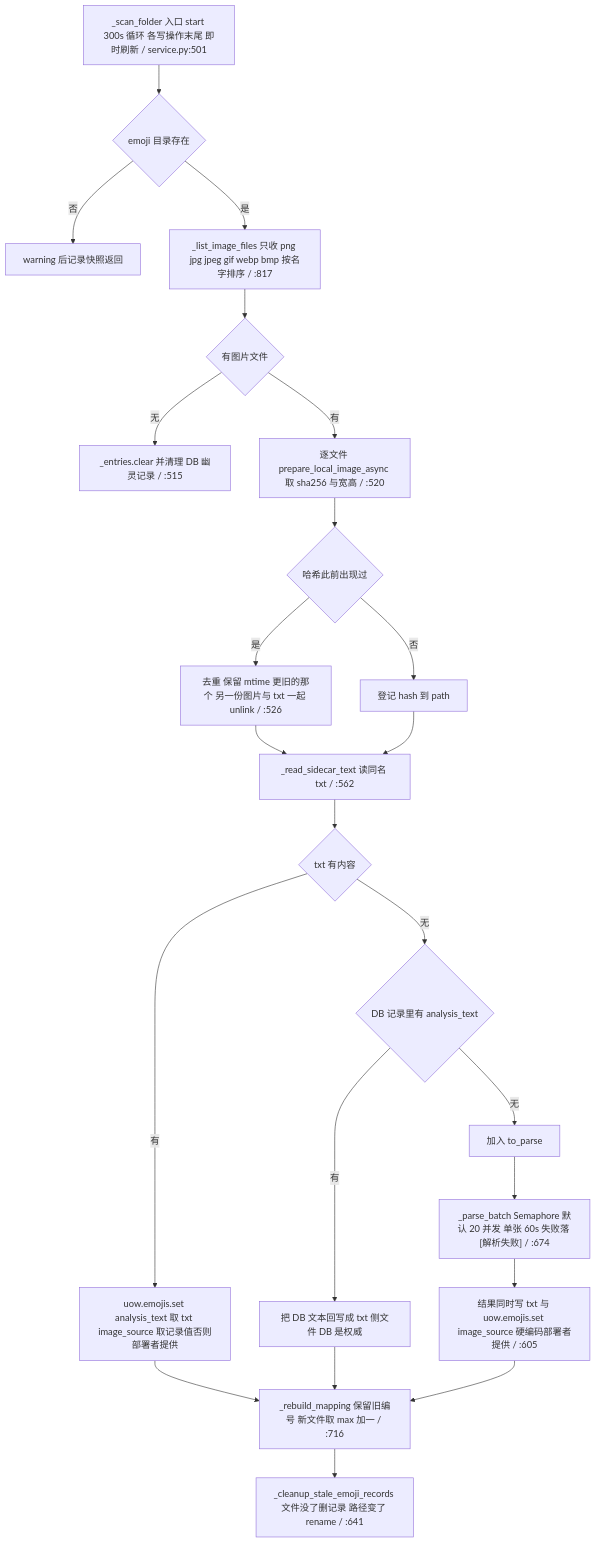
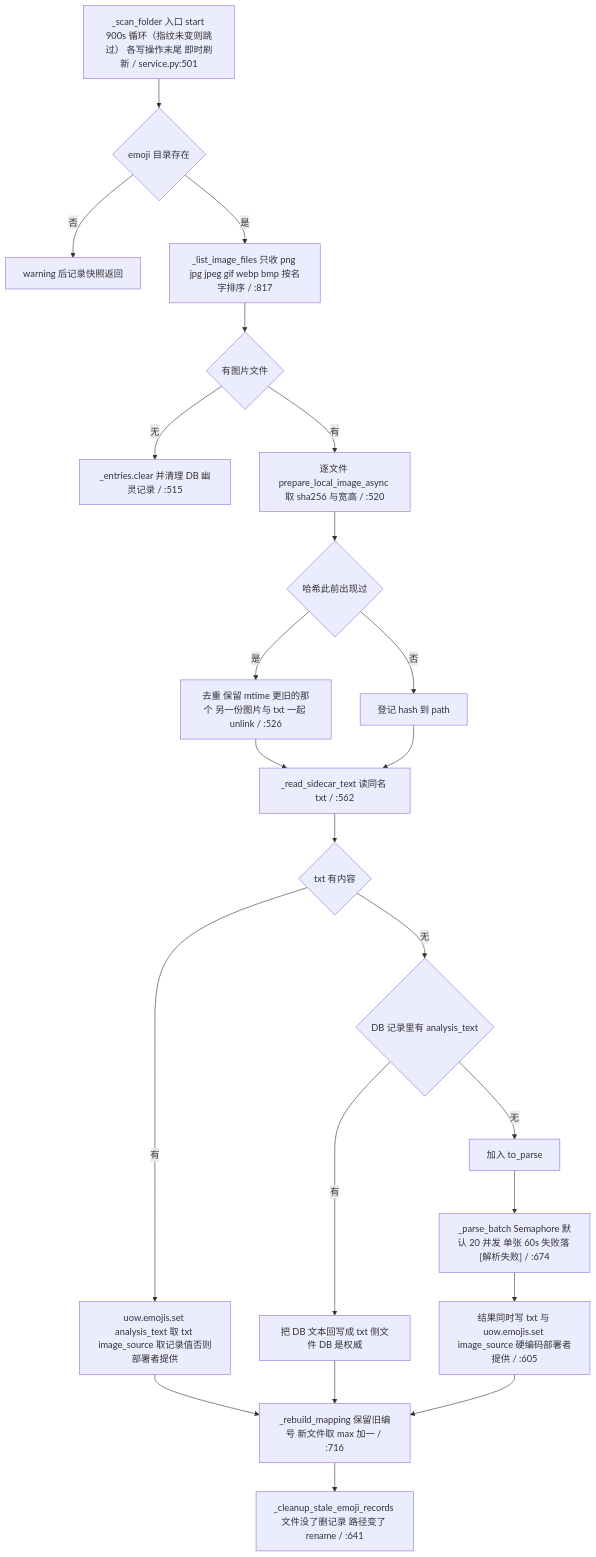
One commit to SuperQuail/NeoBot changed the seventh of 14 diagrams in docs/flow/14-emoji-image-parse.md. Above: the diagram before and after it, drawn with Mermaid. The commit also changed other lines of this file and 6 other files, not shown here.

````diff
--- a/docs/flow/14-emoji-image-parse.md
+++ b/docs/flow/14-emoji-image-parse.md
@@ -261,25 +261,25 @@
 ```mermaid
 flowchart TD
-    A["_scan_folder 入口 start 300s 循环 各写操作末尾 即时刷新 / service.py:501"] --> B{"emoji 目录存在"}
+    A["_scan_folder 入口 start 900s 循环（指纹未变则跳过） 各写操作末尾 即时刷新 / service.py:501"] --> B{"emoji 目录存在"}
     B -- 否 --> B1["warning 后记录快照返回"]
     B -- 是 --> C["_list_image_files 只收 png jpg jpeg gif webp bmp 按名字排序 / :817"]
     C --> D{"有图片文件"}
     D -- 无 --> D1["_entries.clear 并清理 DB 幽灵记录 / :515"]
     D -- 有 --> E["逐文件 prepare_local_image_async 取 sha256 与宽高 / :520"]
     E --> F{"哈希此前出现过"}
     F -- 是 --> G["去重 保留 mtime 更旧的那个 另一份图片与 txt 一起 unlink / :526"]
     F -- 否 --> H["登记 hash 到 path"]
     G --> I["_read_sidecar_text 读同名 txt / :562"]
     H --> I
     I --> J{"txt 有内容"}
     J -- 有 --> K["uow.emojis.set analysis_text 取 txt image_source 取记录值否则部署者提供"]
     J -- 无 --> L{"DB 记录里有 analysis_text"}
     L -- 有 --> M["把 DB 文本回写成 txt 侧文件 DB 是权威"]
     L -- 无 --> N["加入 to_parse"]
     N --> O["_parse_batch Semaphore 默认 20 并发 单张 60s 失败落 [解析失败] / :674"]
     O --> P["结果同时写 txt 与 uow.emojis.set image_source 硬编码部署者提供 / :605"]
     K --> Q["_rebuild_mapping 保留旧编号 新文件取 max 加一 / :716"]
     M --> Q
     P --> Q
     Q --> R["_cleanup_stale_emoji_records 文件没了删记录 路径变了 rename / :641"]
 ```
````
